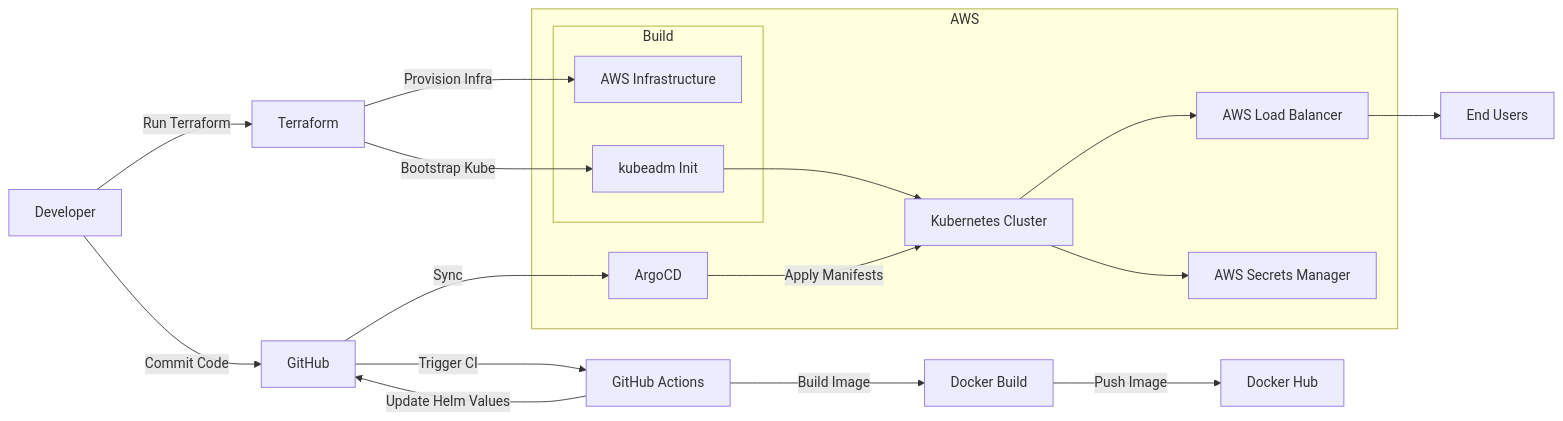
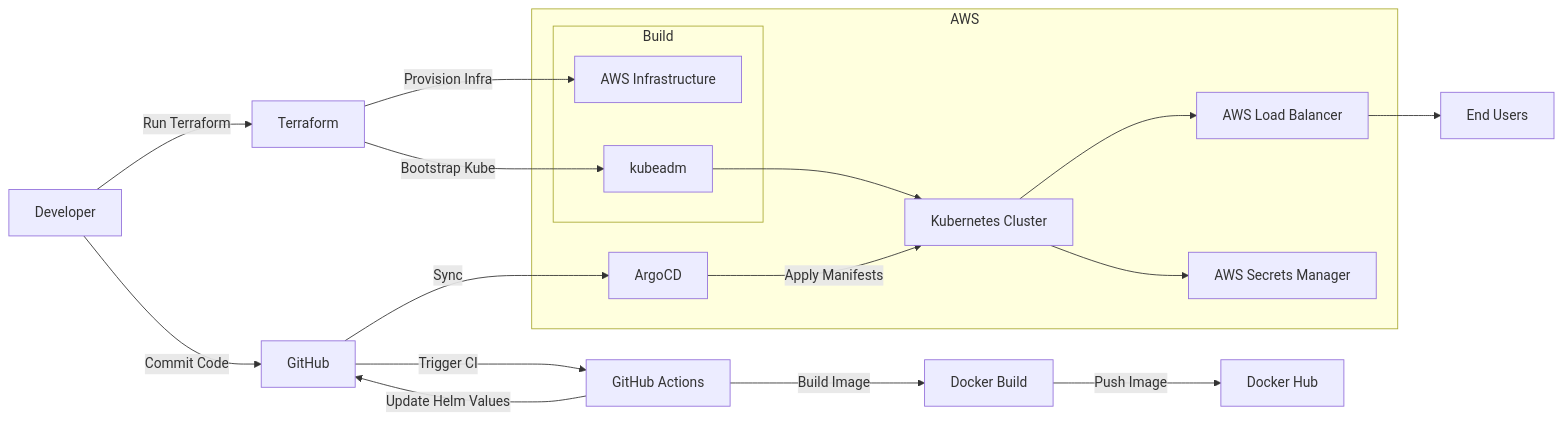
One commit to necrux/telekemp changed the diagram in README.md. Above: the diagram before and after it, drawn with Mermaid. The commit also changed other lines of this file and 2 other files, not shown here.

Commit message:
Adding secrets_refresh script.

````diff
--- a/README.md
+++ b/README.md
@@ -9,36 +9,36 @@
 ```mermaid
 flowchart LR
     Dev[Developer] -->|Commit Code| GH[GitHub]
     Dev[Developer] -->|Run Terraform| TF[Terraform]
 
     %% CI Pipeline
     GH -->|Trigger CI| CI[GitHub Actions]
     CI -->|Build Image| Docker[Docker Build]
     Docker -->|Push Image| DH[Docker Hub]
 
     CI -->|Update Helm Values| GH
 
     %% GitOps
     GH -->|Sync| Argo[ArgoCD]
 
     %% Terraform acts from outside AWS
     TF -->|Provision Infra| AWSInfra
     TF -->|Bootstrap Kube| Kubeadm
 
     subgraph Outer ["AWS"]
       
       %% Infra Pipeline
       subgraph Inner ["Build"]
         AWSInfra[AWS Infrastructure]
-        Kubeadm[kubeadm Init]
+        Kubeadm[kubeadm]
       end
 
       Kubeadm --> K8s[Kubernetes Cluster]
 
       Argo -->|Apply Manifests| K8s
       K8s --> NLB[AWS Load Balancer]
       K8s --> SM[AWS Secrets Manager]
     end
 
     NLB --> User[End Users]
 ```
````
